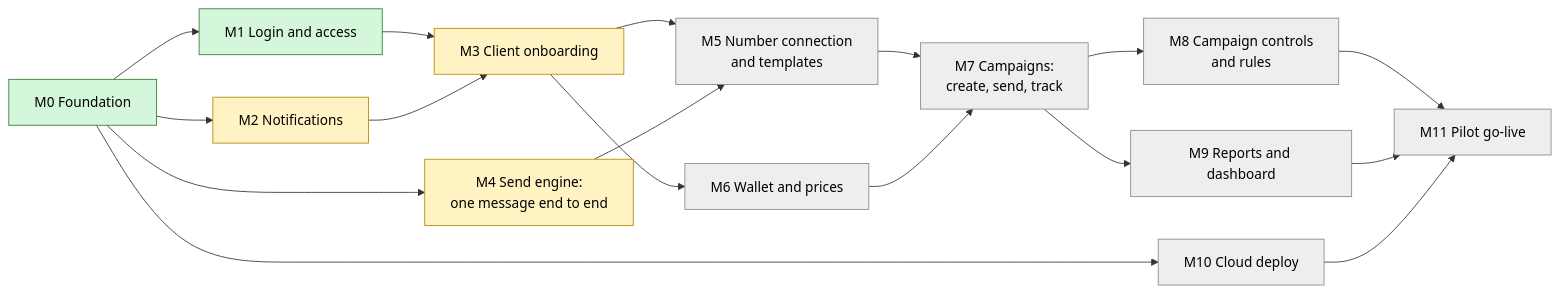
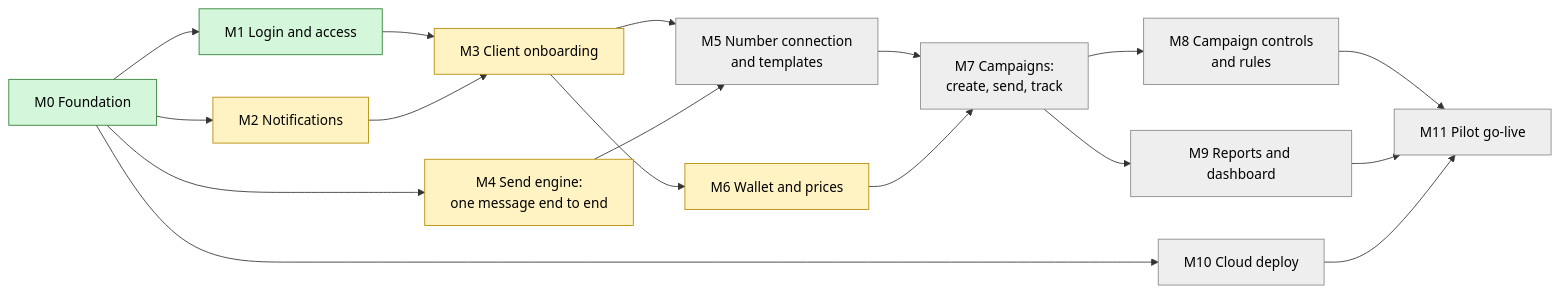
Before and after one commit to reaplift/reaplift-bsp: the diagram in docs/project-tracker.md, drawn with Mermaid. The commit also changed other lines of this file and 17 other files, not shown here.

First line of the commit message:
feat(m6): wallet and prices backend (6.1-6.6)

````diff
--- a/docs/project-tracker.md
+++ b/docs/project-tracker.md
@@ -19,36 +19,36 @@
 ```mermaid
 flowchart LR
   M0["M0 Foundation"]:::done
   M1["M1 Login and access"]:::done
   M2["M2 Notifications"]:::wip
   M3["M3 Client onboarding"]:::wip
   M4["M4 Send engine:<br/>one message end to end"]:::wip
   M5["M5 Number connection<br/>and templates"]:::todo
-  M6["M6 Wallet and prices"]:::todo
+  M6["M6 Wallet and prices"]:::wip
   M7["M7 Campaigns:<br/>create, send, track"]:::todo
   M8["M8 Campaign controls<br/>and rules"]:::todo
   M9["M9 Reports and dashboard"]:::todo
   M10["M10 Cloud deploy"]:::todo
   M11["M11 Pilot go-live"]:::todo
 
   M0 --> M1
   M0 --> M2
   M0 --> M4
   M0 --> M10
   M1 --> M3
   M2 --> M3
   M3 --> M5
   M4 --> M5
   M3 --> M6
   M5 --> M7
   M6 --> M7
   M7 --> M8
   M7 --> M9
   M8 --> M11
   M9 --> M11
   M10 --> M11
 
   classDef done fill:#d4f7dc,stroke:#2e7d32,color:#000
   classDef wip fill:#fff3c4,stroke:#b58900,color:#000
   classDef todo fill:#eeeeee,stroke:#888,color:#000
 ```
````
